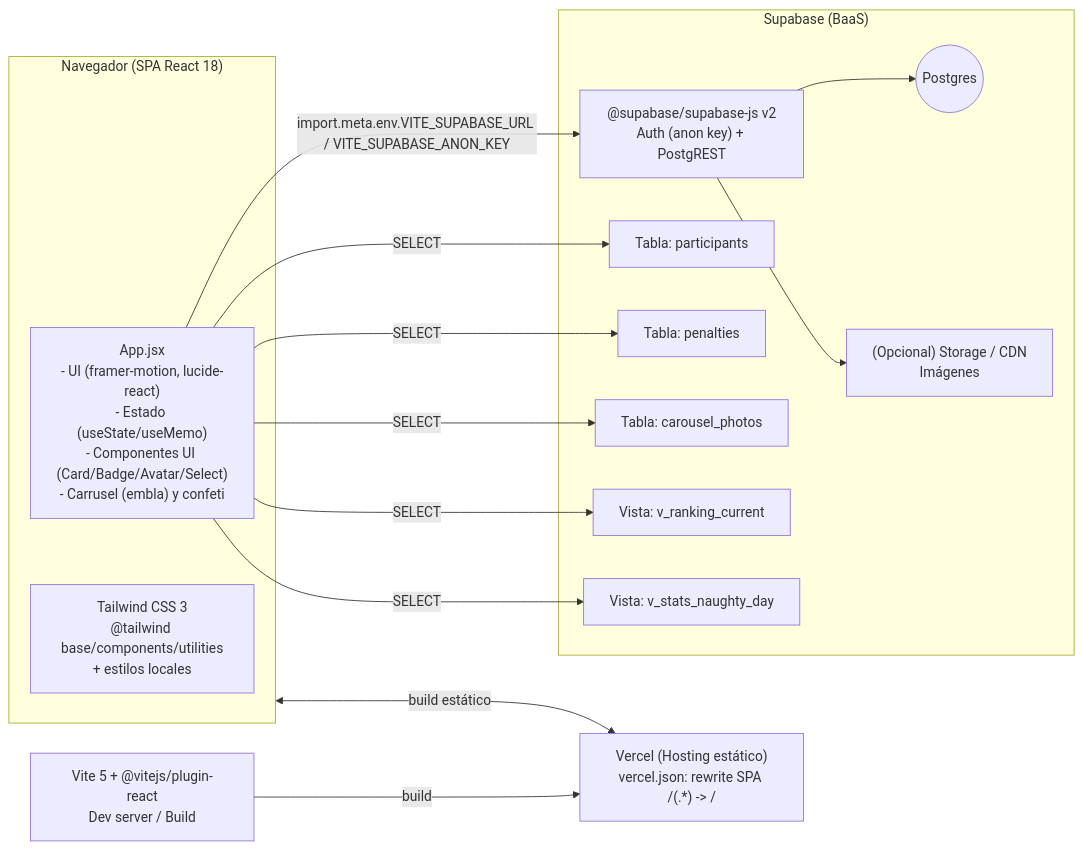
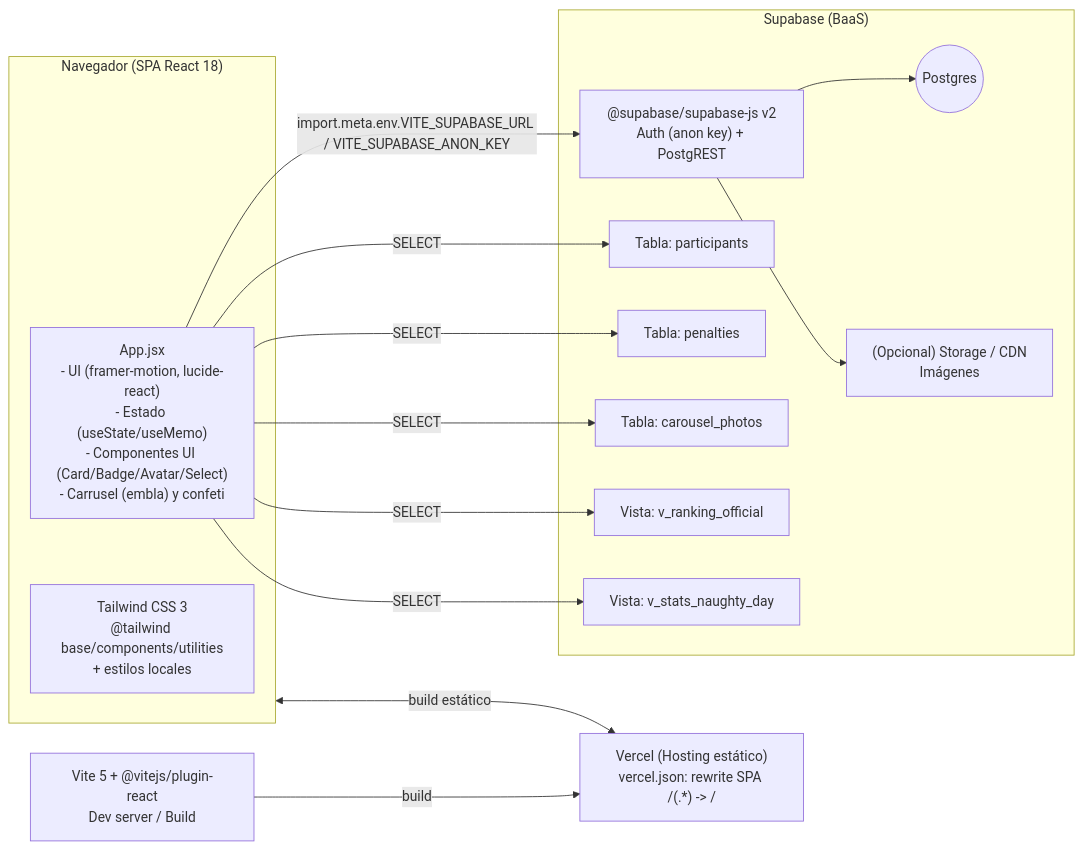
One commit to jsmdev/liga-jimmy-fantasy changed the first of 2 diagrams in README.md. Above: the diagram before and after it, drawn with Mermaid. The commit also changed other lines of this file and 3 other files, not shown here.

````diff
--- a/README.md
+++ b/README.md
@@ -47,34 +47,34 @@
 ```mermaid
 flowchart LR
   subgraph Browser["Navegador (SPA React 18)"]
     App["App.jsx<br/>- UI (framer-motion, lucide-react)<br/>- Estado (useState/useMemo)<br/>- Componentes UI (Card/Badge/Avatar/Select)<br/>- Carrusel (embla) y confeti"]
     CSS["Tailwind CSS 3<br/>@tailwind base/components/utilities<br/>+ estilos locales"]
   end
 
   Vite["Vite 5 + @vitejs/plugin-react<br/>Dev server / Build"]
   Vercel["Vercel (Hosting estático)<br/>vercel.json: rewrite SPA /(.*) -> /"]
 
   subgraph Supabase["Supabase (BaaS)"]
     API["@supabase/supabase-js v2<br/>Auth (anon key) + PostgREST"]
     DB(("Postgres"))
     Storage["(Opcional) Storage / CDN<br/>Imágenes"]
     V1["Tabla: participants"]
     V2["Tabla: penalties"]
     V3["Tabla: carousel_photos"]
-    VW1["Vista: v_ranking_current"]
+    VW1["Vista: v_ranking_official"]
     VW2["Vista: v_stats_naughty_day"]
   end
 
   Browser <-- build estático --> Vercel
   Vite -->|build| Vercel
 
   App -->|import.meta.env.VITE_SUPABASE_URL / VITE_SUPABASE_ANON_KEY| API
   API --> DB
   API --> Storage
 
   App -->|SELECT| V1
   App -->|SELECT| V2
   App -->|SELECT| V3
   App -->|SELECT| VW1
   App -->|SELECT| VW2
 ```
````
